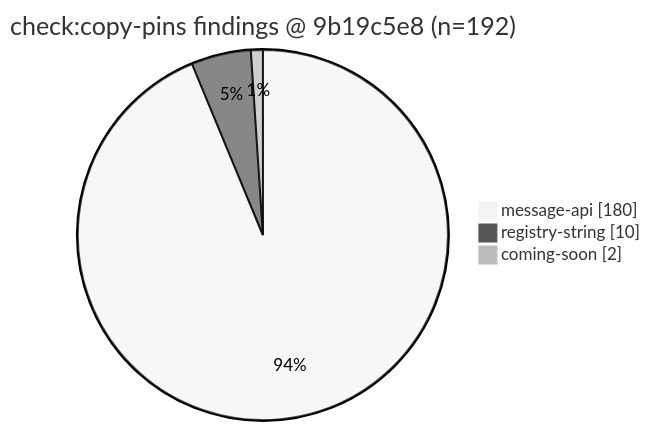
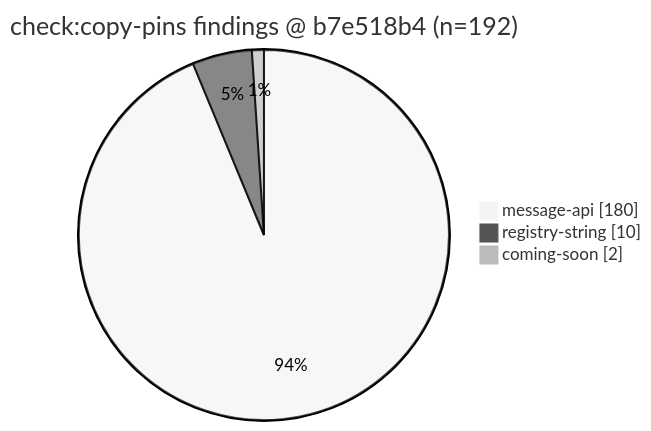
The first of 2 diagrams in docs/dev/copy-pins-residual-inventory-post898-2026-10-10.md (fuzzywigg/math-pentathlon), drawn with Mermaid before and after one commit. The commit also changed other lines of this file and 2 other files, not shown here.

First line of the commit message:
docs(q-mp-443): remeasure copy-pins inventory after tip folds

````diff
--- a/docs/dev/copy-pins-residual-inventory-post898-2026-10-10.md
+++ b/docs/dev/copy-pins-residual-inventory-post898-2026-10-10.md
@@ -68,8 +68,8 @@
 ```mermaid
 %%{init: {"theme": "neutral"}}%%
 pie showData
-  title check:copy-pins findings @ 9b19c5e8 (n=192)
+  title check:copy-pins findings @ b7e518b4 (n=192)
   "message-api" : 180
   "registry-string" : 10
   "coming-soon" : 2
 ```
````
